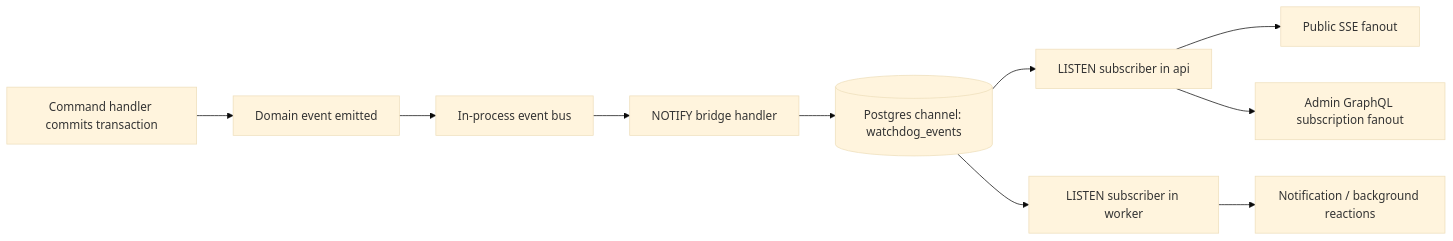
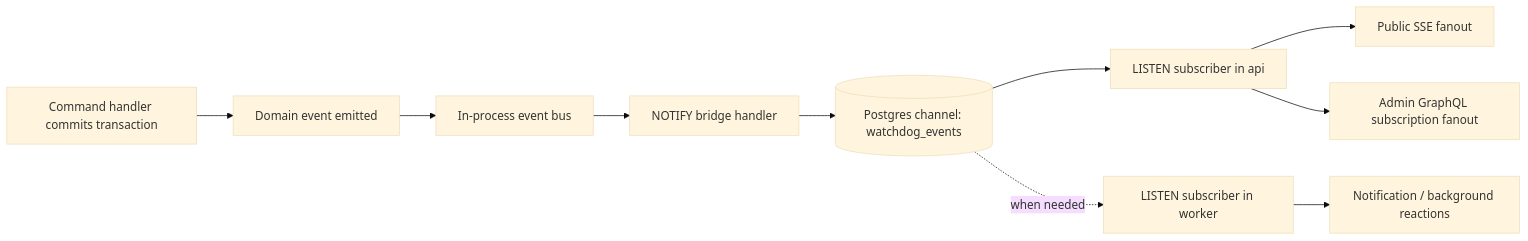
Before and after one commit to sanaullahmohammed/watchdog: the diagram in docs/genesis/ARCHITECTURE.md, drawn with Mermaid (base theme). The commit also changed other lines of this file and 14 other files, not shown here.

````diff
--- a/docs/genesis/ARCHITECTURE.md
+++ b/docs/genesis/ARCHITECTURE.md
@@ -205,12 +205,12 @@
 ```mermaid
 flowchart LR
   A[Command handler commits transaction] --> B[Domain event emitted]
   B --> C[In-process event bus]
   C --> D[NOTIFY bridge handler]
   D --> E[(Postgres channel: watchdog_events)]
   E --> F[LISTEN subscriber in api]
-  E --> G[LISTEN subscriber in worker]
+  E -.->|when needed| G[LISTEN subscriber in worker]
   F --> H[Public SSE fanout]
   F --> I[Admin GraphQL subscription fanout]
   G --> J[Notification / background reactions]
 ```
````
